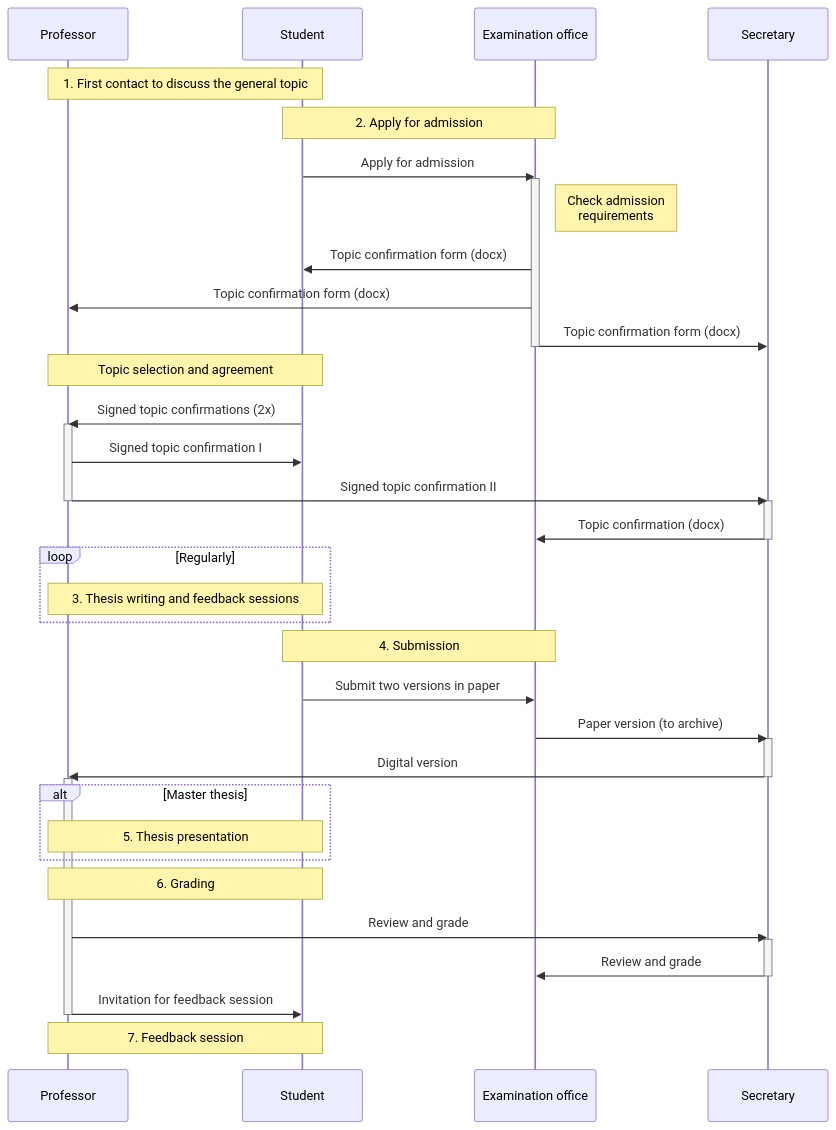
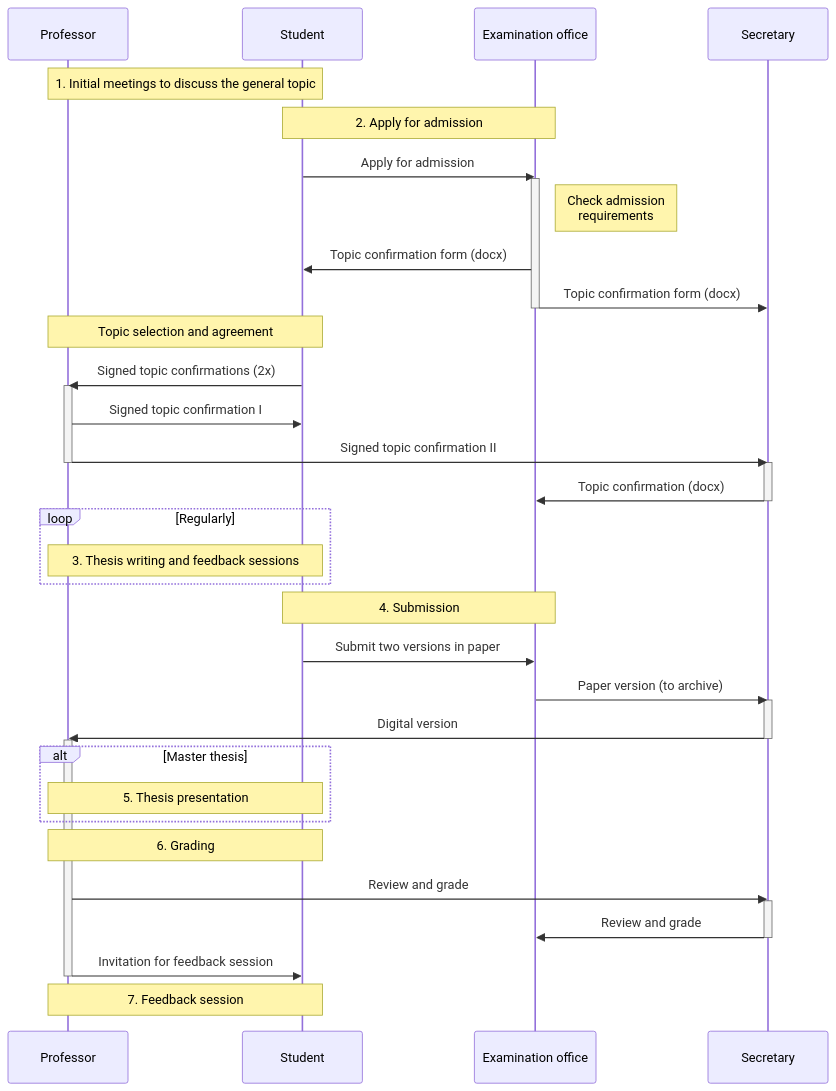
Before and after one commit to digital-work-lab/handbook: the diagram in docs/teaching/30_processes/30.40.theses_process.md, drawn with Mermaid.

````diff
--- a/docs/teaching/30_processes/30.40.theses_process.md
+++ b/docs/teaching/30_processes/30.40.theses_process.md
@@ -10,42 +10,41 @@
 ```mermaid
 sequenceDiagram
-    Note over Professor,Student: 1. First contact to discuss the general topic
+    Note over Professor,Student: 1. Initial meetings to discuss the general topic
     Note over Student,Examination office: 2. Apply for admission
     Student->>Examination office: Apply for admission
     activate Examination office
     Note right of Examination office: Check admission<br/>requirements
     Examination office->>Student: Topic confirmation form (docx)
-    Examination office->>Professor: Topic confirmation form (docx)
     Examination office->>Secretary: Topic confirmation form (docx)
     deactivate Examination office
     Note over Professor,Student: Topic selection and agreement
     Student->>Professor: Signed topic confirmations (2x)
     activate Professor
     Professor->>Student: Signed topic confirmation I
     Professor->>Secretary: Signed topic confirmation II
     deactivate Professor
     activate Secretary
     Secretary->>Examination office: Topic confirmation (docx)
     deactivate Secretary
     loop Regularly
         Note over Professor,Student: 3. Thesis writing and feedback sessions
     end
         Note over Student,Examination office: 4. Submission
     Student->>Examination office: Submit two versions in paper
     Examination office->>Secretary: Paper version (to archive)
     activate Secretary
     Secretary->>Professor: Digital version
     deactivate Secretary
     activate Professor
     alt Master thesis
         Note over Professor,Student: 5. Thesis presentation
     end
     Note over Professor,Student: 6. Grading
     Professor->>Secretary: Review and grade
     activate Secretary
     Secretary->>Examination office: Review and grade
     deactivate Secretary
     Professor->>Student: Invitation for feedback session
     deactivate Professor
     Note over Professor,Student: 7. Feedback session
 ```
````
